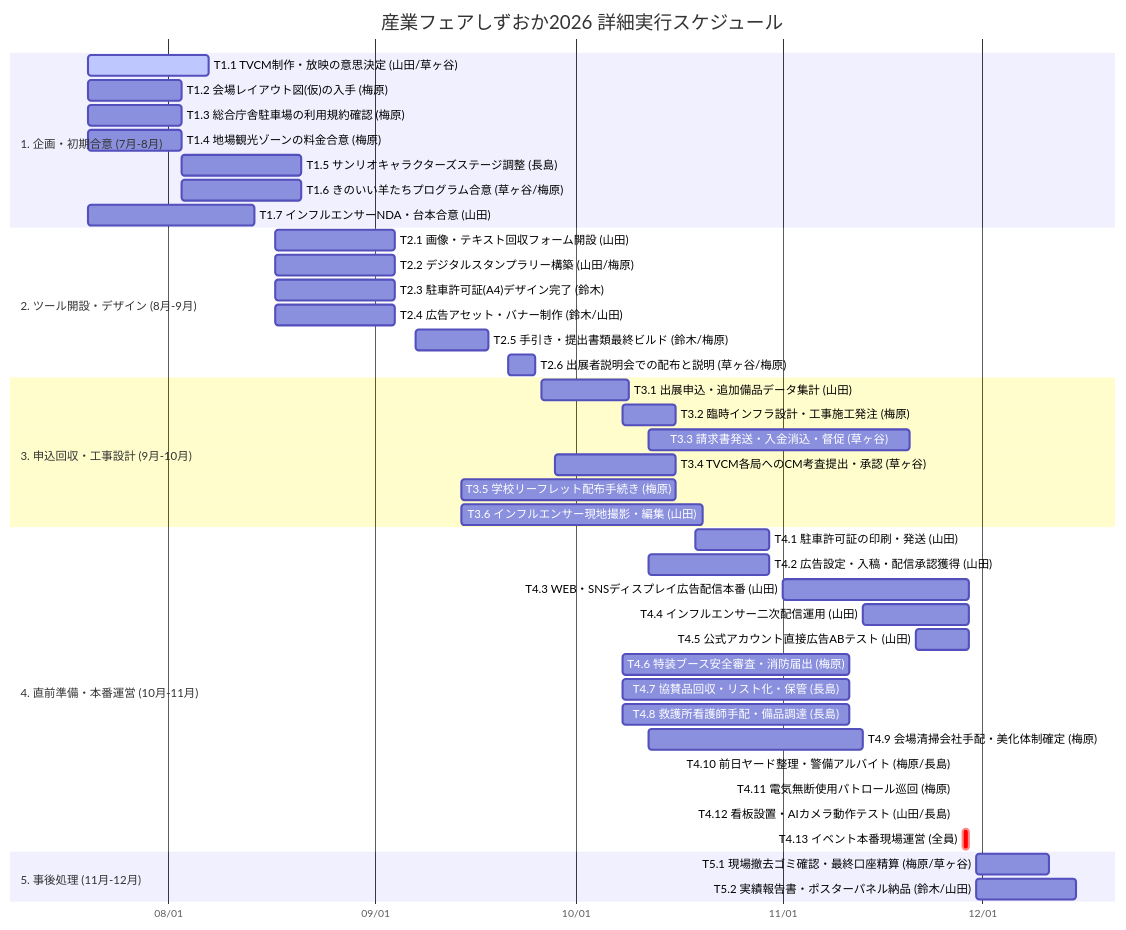
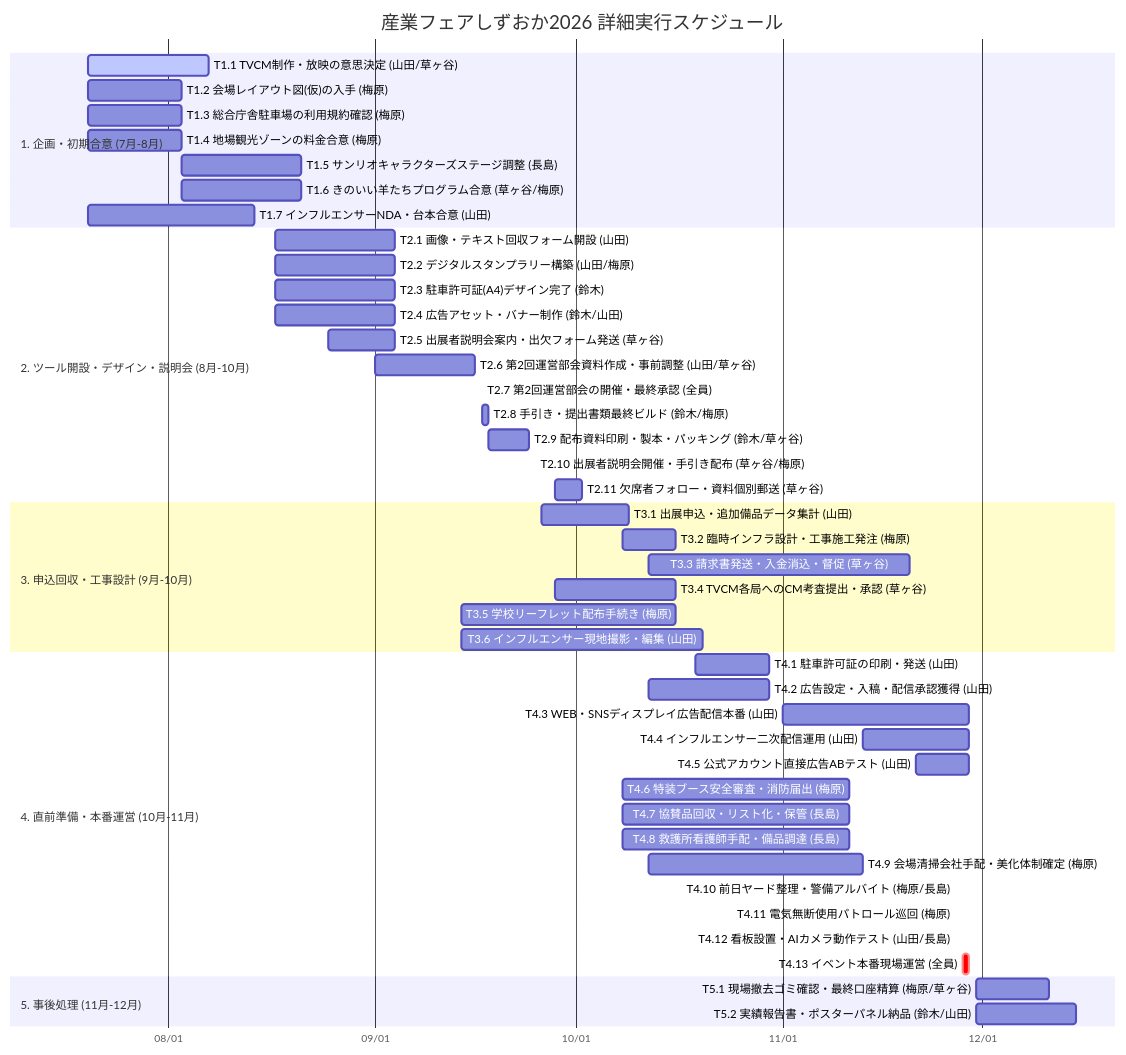
The diagram in docs/04_体制・評価/詳細実行タスク管理簿_ガントチャート.md (yamada-sap/shizuoka-fair-2026), drawn with Mermaid before and after one commit. The commit also changed other lines of this file and 1 other file, not shown here.

````diff
--- a/docs/04_体制・評価/詳細実行タスク管理簿_ガントチャート.md
+++ b/docs/04_体制・評価/詳細実行タスク管理簿_ガントチャート.md
@@ -13,50 +13,55 @@
 ```mermaid
 gantt
     title 産業フェアしずおか2026 詳細実行スケジュール
     dateFormat  YYYY-MM-DD
     axisFormat  %m/%d
     
     section 1. 企画・初期合意 (7月-8月)
     T1.1 TVCM制作・放映の意思決定 (山田/草ヶ谷)  :active, t1_1, 2026-07-20, 2026-08-07
     T1.2 会場レイアウト図(仮)の入手 (梅原)         :t1_2, 2026-07-20, 2026-08-03
     T1.3 総合庁舎駐車場の利用規約確認 (梅原)       :t1_3, 2026-07-20, 2026-08-03
     T1.4 地場観光ゾーンの料金合意 (梅原)          :t1_4, 2026-07-20, 2026-08-03
     T1.5 サンリオキャラクターズステージ調整 (長島) :t1_5, 2026-08-03, 2026-08-21
     T1.6 きのいい羊たちプログラム合意 (草ヶ谷/梅原):t1_6, 2026-08-03, 2026-08-21
     T1.7 インフルエンサーNDA・台本合意 (山田)       :t1_7, 2026-07-20, 2026-08-14
     
-    section 2. ツール開設・デザイン (8月-9月)
+    section 2. ツール開設・デザイン・説明会 (8月-10月)
     T2.1 画像・テキスト回収フォーム開設 (山田)    :t2_1, 2026-08-17, 2026-09-04
     T2.2 デジタルスタンプラリー構築 (山田/梅原)   :t2_2, 2026-08-17, 2026-09-04
     T2.3 駐車許可証(A4)デザイン完了 (鈴木)       :t2_3, 2026-08-17, 2026-09-04
     T2.4 広告アセット・バナー制作 (鈴木/山田)     :t2_4, 2026-08-17, 2026-09-04
-    T2.5 手引き・提出書類最終ビルド (鈴木/梅原)   :t2_5, 2026-09-07, 2026-09-18
-    T2.6 出展者説明会での配布と説明 (草ヶ谷/梅原)  :t2_6, 2026-09-21, 2026-09-25
+    T2.5 出展者説明会案内・出欠フォーム発送 (草ヶ谷):t2_5, 2026-08-25, 2026-09-04
+    T2.6 第2回運営部会資料作成・事前調整 (山田/草ヶ谷):t2_6, 2026-09-01, 2026-09-16
+    T2.7 第2回運営部会の開催・最終承認 (全員)     :crit, t2_7, 2026-09-17, 2026-09-17
+    T2.8 手引き・提出書類最終ビルド (鈴木/梅原)   :t2_8, 2026-09-17, 2026-09-18
+    T2.9 配布資料印刷・製本・パッキング (鈴木/草ヶ谷):t2_9, 2026-09-18, 2026-09-24
+    T2.10 出展者説明会開催・手引き配布 (草ヶ谷/梅原):crit, t2_10, 2026-09-25, 2026-09-25
+    T2.11 欠席者フォロー・資料個別郵送 (草ヶ谷)  :t2_11, 2026-09-28, 2026-10-02
     
     section 3. 申込回収・工事設計 (9月-10月)
     T3.1 出展申込・追加備品データ集計 (山田)      :t3_1, 2026-09-26, 2026-10-09
     T3.2 臨時インフラ設計・工事施工発注 (梅原)     :t3_2, 2026-10-08, 2026-10-16
     T3.3 請求書発送・入金消込・督促 (草ヶ谷)      :t3_3, 2026-10-12, 2026-11-20
     T3.4 TVCM各局へのCM考査提出・承認 (草ヶ谷)     :t3_4, 2026-09-28, 2026-10-16
     T3.5 学校リーフレット配布手続き (梅原)         :t3_5, 2026-09-14, 2026-10-16
     T3.6 インフルエンサー現地撮影・編集 (山田)     :t3_6, 2026-09-14, 2026-10-20
     
     section 4. 直前準備・本番運営 (10月-11月)
     T4.1 駐車許可証の印刷・発送 (山田)            :t4_1, 2026-10-19, 2026-10-30
     T4.2 広告設定・入稿・配信承認獲得 (山田)       :t4_2, 2026-10-12, 2026-10-30
     T4.3 WEB・SNSディスプレイ広告配信本番 (山田)    :t4_3, 2026-11-01, 2026-11-29
     T4.4 インフルエンサー二次配信運用 (山田)       :t4_4, 2026-11-13, 2026-11-29
     T4.5 公式アカウント直接広告ABテスト (山田)     :t4_5, 2026-11-21, 2026-11-29
     T4.6 特装ブース安全審査・消防届出 (梅原)       :t4_6, 2026-10-08, 2026-11-11
     T4.7 協賛品回収・リスト化・保管 (長島)         :t4_7, 2026-10-08, 2026-11-11
     T4.8 救護所看護師手配・備品調達 (長島)         :t4_8, 2026-10-08, 2026-11-11
     T4.9 会場清掃会社手配・美化体制確定 (梅原)     :t4_9, 2026-10-12, 2026-11-13
     T4.10 前日ヤード整理・警備アルバイト (梅原/長島):t4_10, 2026-11-27, 2026-11-27
     T4.11 電気無断使用パトロール巡回 (梅原)       :t4_11, 2026-11-27, 2026-11-27
     T4.12 看板設置・AIカメラ動作テスト (山田/長島) :t4_12, 2026-11-27, 2026-11-27
     T4.13 イベント本番現場運営 (全員)             :crit, t4_13, 2026-11-28, 2026-11-29
     
     section 5. 事後処理 (11月-12月)
     T5.1 現場撤去ゴミ確認・最終口座精算 (梅原/草ヶ谷):t5_1, 2026-11-30, 2026-12-11
     T5.2 実績報告書・ポスターパネル納品 (鈴木/山田) :t5_2, 2026-11-30, 2026-12-15
 ```
````
